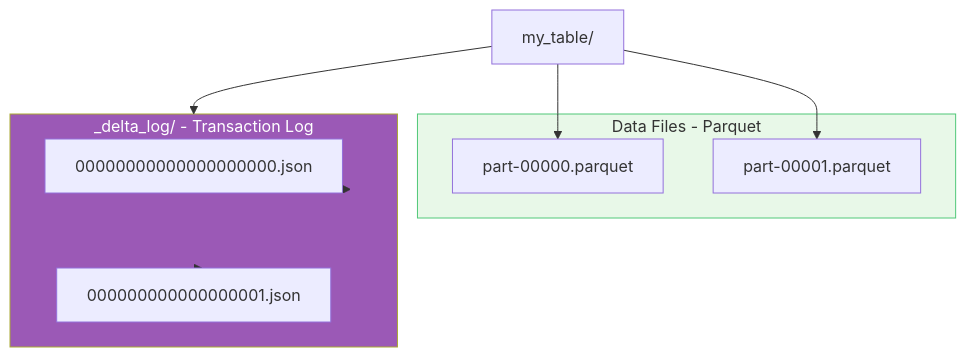
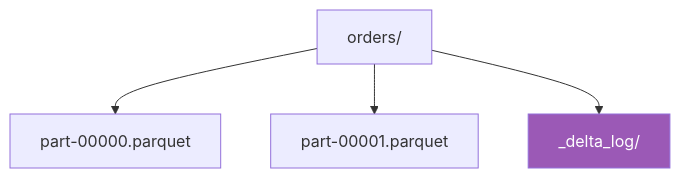
The third of 5 diagrams in data-architecture/data-lakehouse.md (adnanrahin/adnanrahin.github.io), drawn with Mermaid before and after one commit. The commit also changed other lines of this file and 5 other files, not shown here.

````diff
--- a/data-architecture/data-lakehouse.md
+++ b/data-architecture/data-lakehouse.md
@@ -158,23 +94,11 @@
 ```mermaid
 flowchart TD
-    ROOT["my_table/"]
-
-    subgraph Data["Data Files - Parquet"]
-        P1["part-00000.parquet"]
-        P2["part-00001.parquet"]
-    end
-
-    subgraph Log["_delta_log/ - Transaction Log"]
-        J1["00000000000000000000.json"]
-        J2["000000000000000001.json"]
-    end
-
+    ROOT["orders/"]
+    P1["part-00000.parquet"]
+    P2["part-00001.parquet"]
+    LOG["_delta_log/"]
     ROOT --> P1
     ROOT --> P2
-    ROOT --> Log
-    Log --> J1
-    Log --> J2
-
-    style Log fill:#9B59B6,color:#fff
-    style Data fill:#E8F8E8,stroke:#50C878
+    ROOT --> LOG
+    style LOG fill:#9B59B6,color:#fff
 ```
````
